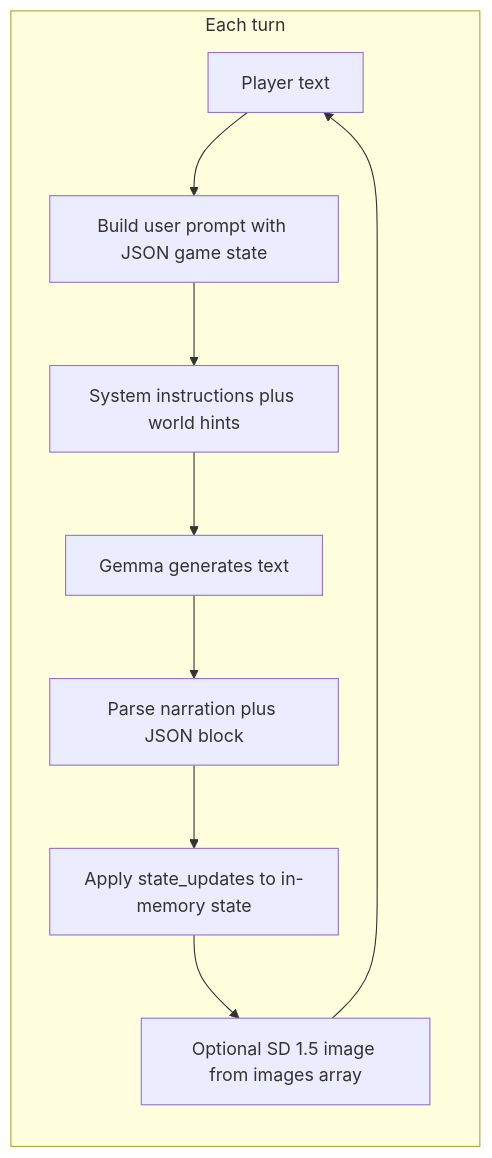
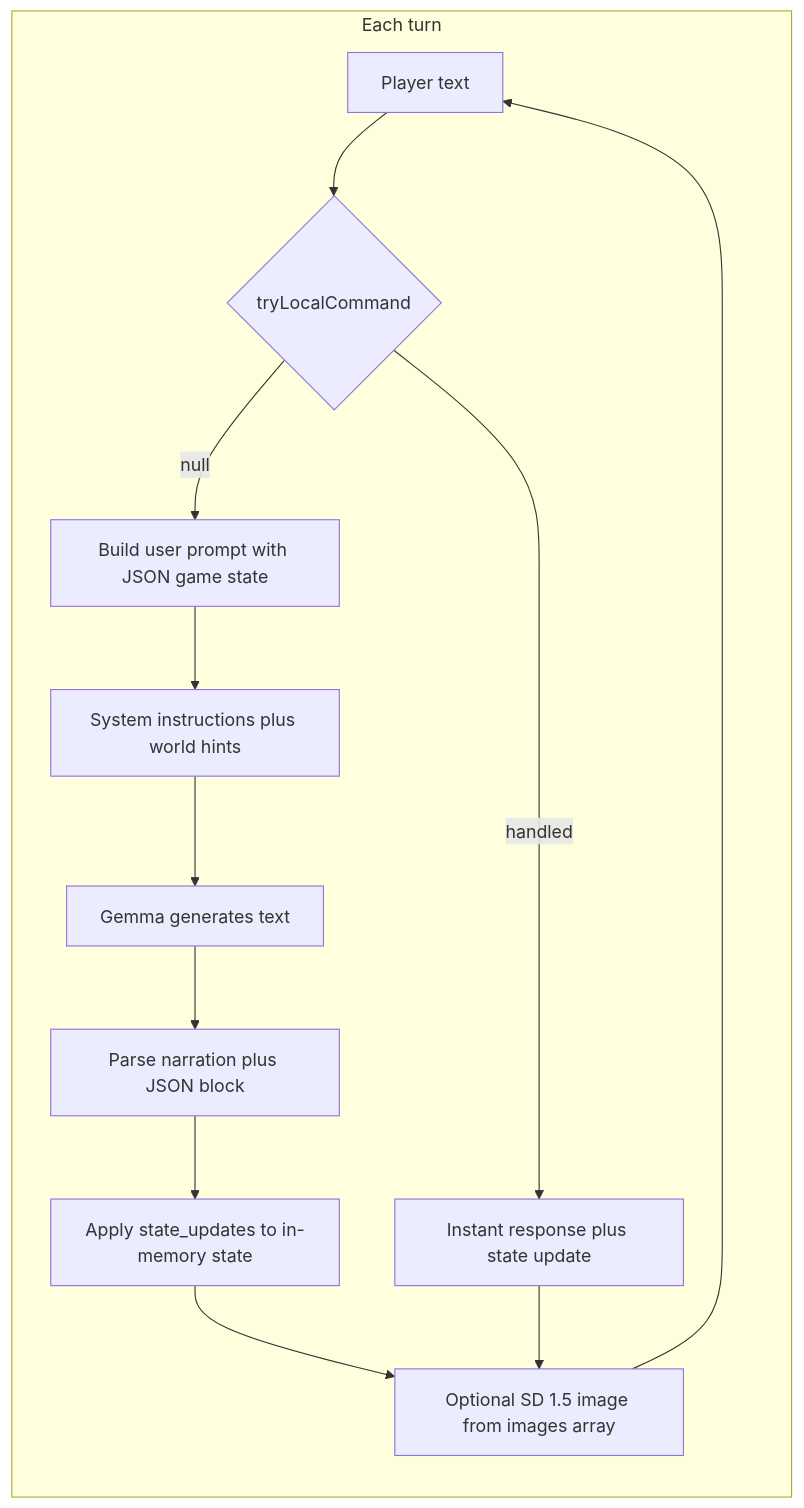
Before and after one commit to jmrothberg/JMR-LLM-Adventure: the first of 2 diagrams in README.md, drawn with Mermaid. The commit also changed other lines of this file and 4 other files, not shown here.

````diff
--- a/README.md
+++ b/README.md
@@ -108,12 +108,15 @@
 ```mermaid
 flowchart LR
   subgraph each_turn [Each turn]
-    A[Player text] --> B[Build user prompt with JSON game state]
+    A[Player text] --> FP{tryLocalCommand}
+    FP -->|handled| H[Instant response plus state update]
+    FP -->|null| B[Build user prompt with JSON game state]
     B --> C[System instructions plus world hints]
     C --> D[Gemma generates text]
     D --> E[Parse narration plus JSON block]
     E --> F[Apply state_updates to in-memory state]
     F --> G[Optional SD 1.5 image from images array]
+    H --> G
   end
   G --> A
 ```
````
